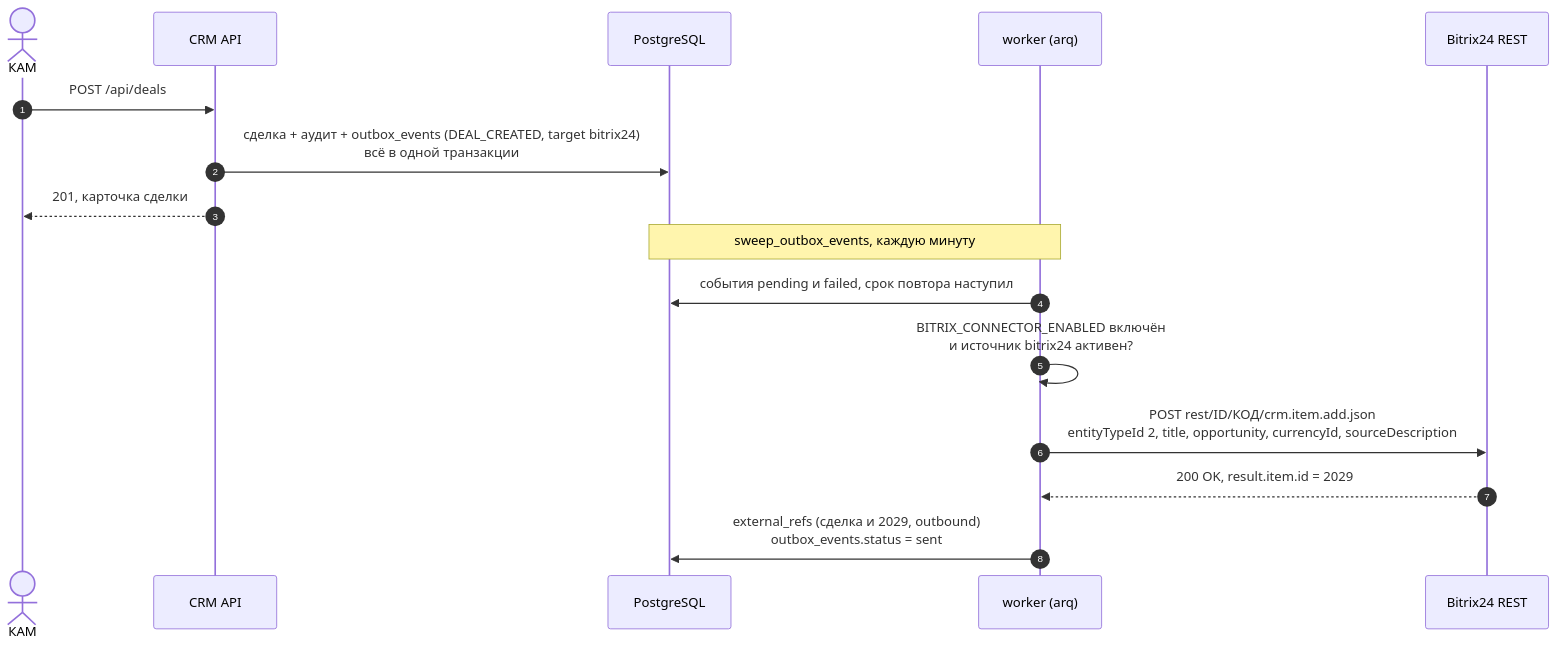
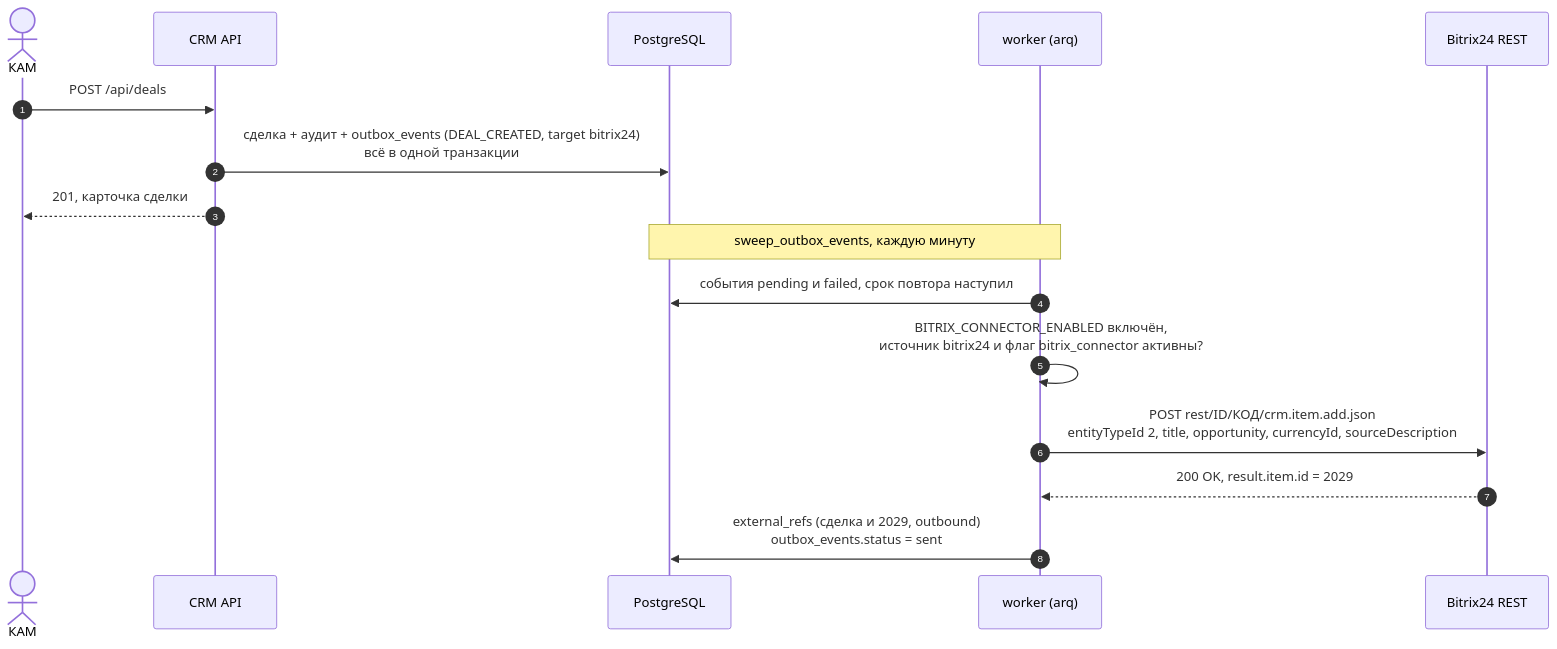
The second of 3 diagrams in README.md (lct-testkit/frontend), drawn with Mermaid before and after one commit. The commit also changed other lines of this file and 64 other files, not shown here.

````diff
--- a/README.md
+++ b/README.md
@@ -227,19 +228,19 @@
 ```mermaid
 sequenceDiagram
     autonumber
     actor K as КАМ
     participant A as CRM API
     participant DB as PostgreSQL
     participant W as worker (arq)
     participant B as Bitrix24 REST
 
     K->>A: POST /api/deals
     A->>DB: сделка + аудит + outbox_events (DEAL_CREATED, target bitrix24)<br/>всё в одной транзакции
     A-->>K: 201, карточка сделки
     Note over W,DB: sweep_outbox_events, каждую минуту
     W->>DB: события pending и failed, срок повтора наступил
-    W->>W: BITRIX_CONNECTOR_ENABLED включён<br/>и источник bitrix24 активен?
+    W->>W: BITRIX_CONNECTOR_ENABLED включён,<br/>источник bitrix24 и флаг bitrix_connector активны?
     W->>B: POST rest/ID/КОД/crm.item.add.json<br/>entityTypeId 2, title, opportunity, currencyId, sourceDescription
     B-->>W: 200 OK, result.item.id = 2029
     W->>DB: external_refs (сделка и 2029, outbound)<br/>outbox_events.status = sent
 ```
````
